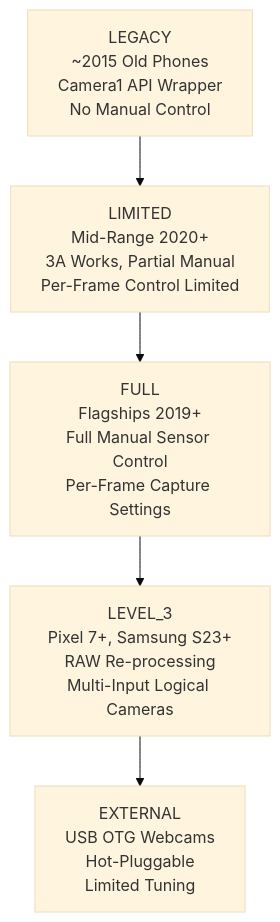
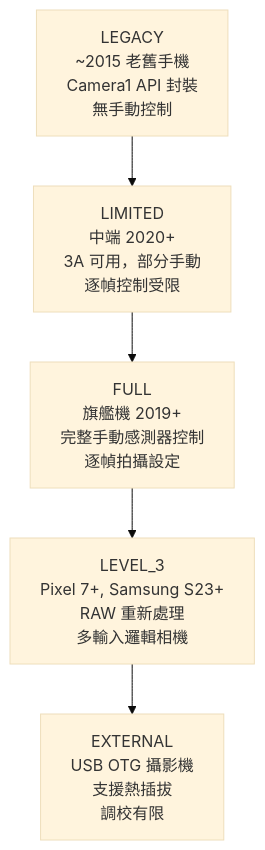
Before and after one commit to zoozooll/AndroidCameraParameters: the first of 2 diagrams in website/i18n/zh-Hant/docusaurus-plugin-content-docs/current/camera2/exploring-your-phones-camera.md, drawn with Mermaid (base theme). The commit also changed other lines of this file and 378 other files, not shown here.

````diff
--- a/website/i18n/zh-Hant/docusaurus-plugin-content-docs/current/camera2/exploring-your-phones-camera.md
+++ b/website/i18n/zh-Hant/docusaurus-plugin-content-docs/current/camera2/exploring-your-phones-camera.md
@@ -72,7 +72,7 @@
 ```mermaid
 graph TD
-    A[LEGACY\n~2015 Old Phones\nCamera1 API Wrapper\nNo Manual Control] --> B[LIMITED\nMid-Range 2020+\n3A Works, Partial Manual\nPer-Frame Control Limited]
-    B --> C[FULL\nFlagships 2019+\nFull Manual Sensor Control\nPer-Frame Capture Settings]
-    C --> D[LEVEL_3\nPixel 7+, Samsung S23+\nRAW Re-processing\nMulti-Input Logical Cameras]
-    D --> E[EXTERNAL\nUSB OTG Webcams\nHot-Pluggable\nLimited Tuning]
+    A["LEGACY<br/>~2015 老舊手機<br/>Camera1 API 封裝<br/>無手動控制"] --> B["LIMITED<br/>中端 2020+<br/>3A 可用，部分手動<br/>逐幀控制受限"]
+    B --> C[FULL<br/>旗艦機 2019+<br/>完整手動感測器控制<br/>逐幀拍攝設定]
+    C --> D[LEVEL_3<br/>Pixel 7+, Samsung S23+<br/>RAW 重新處理<br/>多輸入邏輯相機]
+    D --> E[EXTERNAL<br/>USB OTG 攝影機<br/>支援熱插拔<br/>調校有限]
 ```
````
